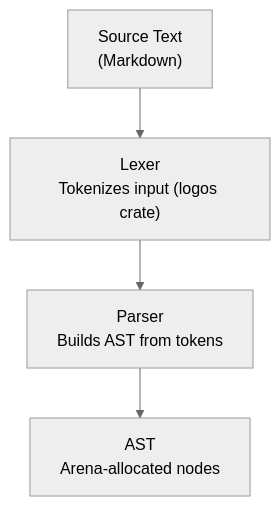
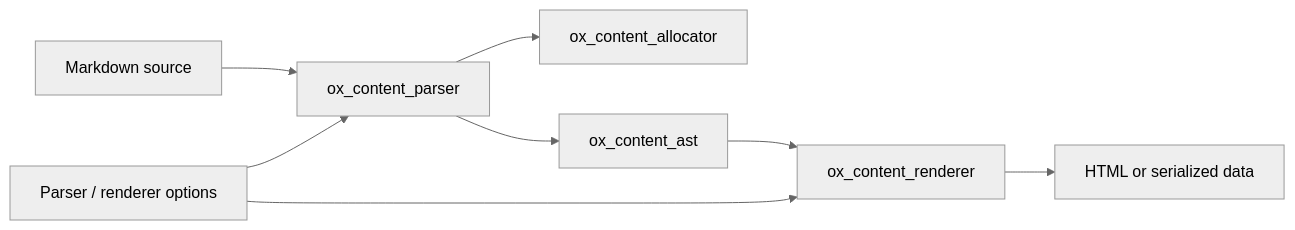
One commit to ubugeeei-prod/ox-content changed the second of 4 diagrams in docs/content/architecture.md. Above: the diagram before and after it, drawn with Mermaid (neutral theme). The commit also changed other lines of this file and 4 other files, not shown here.

Commit message:
docs: update architecture overview

````diff
--- a/docs/content/architecture.md
+++ b/docs/content/architecture.md
@@ -311,11 +90,18 @@
 ```mermaid
-graph TB
-    Source["Source Text<br/>(Markdown)"]
-    Lexer["Lexer<br/>Tokenizes input (logos crate)"]
-    Parser["Parser<br/>Builds AST from tokens"]
-    AST["AST<br/>Arena-allocated nodes"]
+flowchart LR
+    Source["Markdown source"]
+    Options["Parser / renderer options"]
+    Parser["ox_content_parser"]
+    Arena["ox_content_allocator"]
+    AST["ox_content_ast"]
+    Renderer["ox_content_renderer"]
+    Output["HTML or serialized data"]
 
-    Source --> Lexer
-    Lexer --> Parser
+    Source --> Parser
+    Options --> Parser
     Parser --> AST
+    Parser --> Arena
+    AST --> Renderer
+    Options --> Renderer
+    Renderer --> Output
 ```
````
